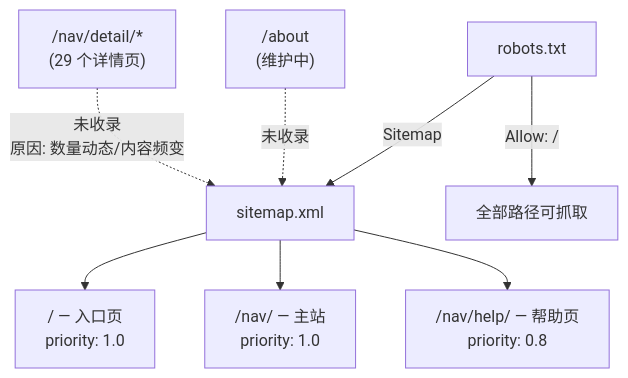
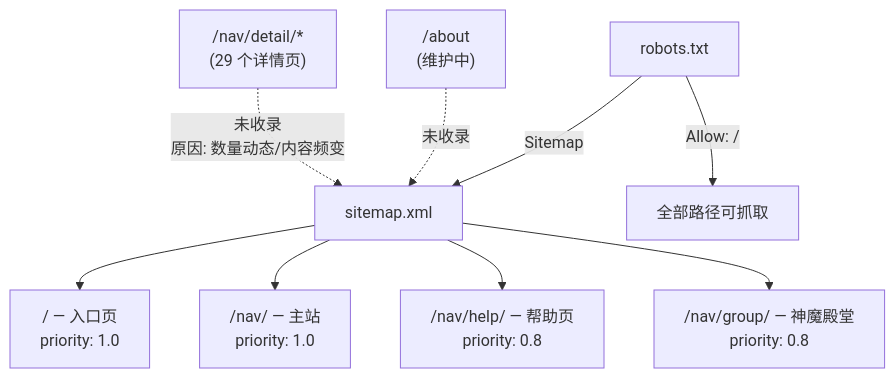
The tenth of 11 diagrams in 网站框架总览.md (argb6/galnavi-obsidian), drawn with Mermaid before and after one commit. The commit also changed other lines of this file and 7 other files, not shown here.

First line of the commit message:
Add '神魔殿堂' (/nav/group/) docs and D1 binding

````diff
--- a/网站框架总览.md
+++ b/网站框架总览.md
@@ -382,15 +392,16 @@
 ```mermaid
 graph TD
     SITEMAP["sitemap.xml"] --> S1["/ — 入口页<br/>priority: 1.0"]
     SITEMAP --> S2["/nav/ — 主站<br/>priority: 1.0"]
     SITEMAP --> S3["/nav/help/ — 帮助页<br/>priority: 0.8"]
+    SITEMAP --> S4["/nav/group/ — 神魔殿堂<br/>priority: 0.8"]
 
     S_NOT["/nav/detail/*<br/>(29 个详情页)"]
     S_NOT2["/about<br/>(维护中)"]
 
     S_NOT -.->|"未收录<br/>原因: 数量动态/内容频变"| SITEMAP
     S_NOT2 -.->|"未收录"| SITEMAP
 
     ROBOTS["robots.txt"] -->|"Allow: /"| CRAWL["全部路径可抓取"]
     ROBOTS -->|"Sitemap"| SITEMAP
 ```
````
